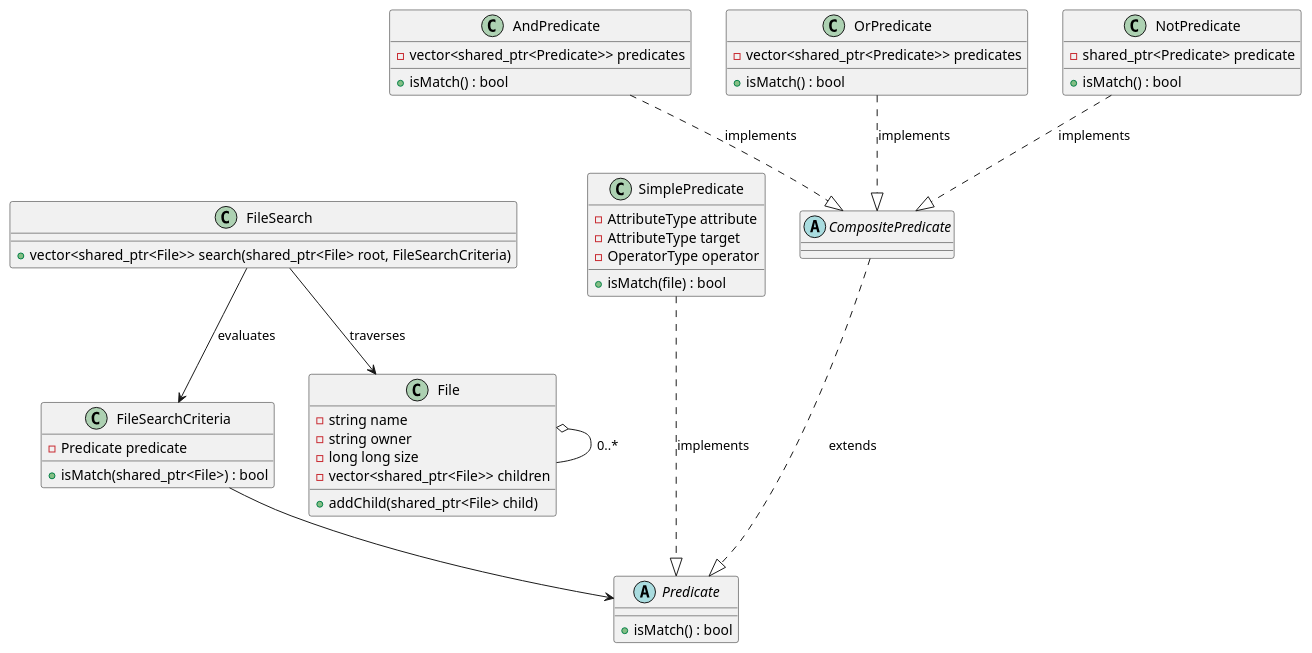
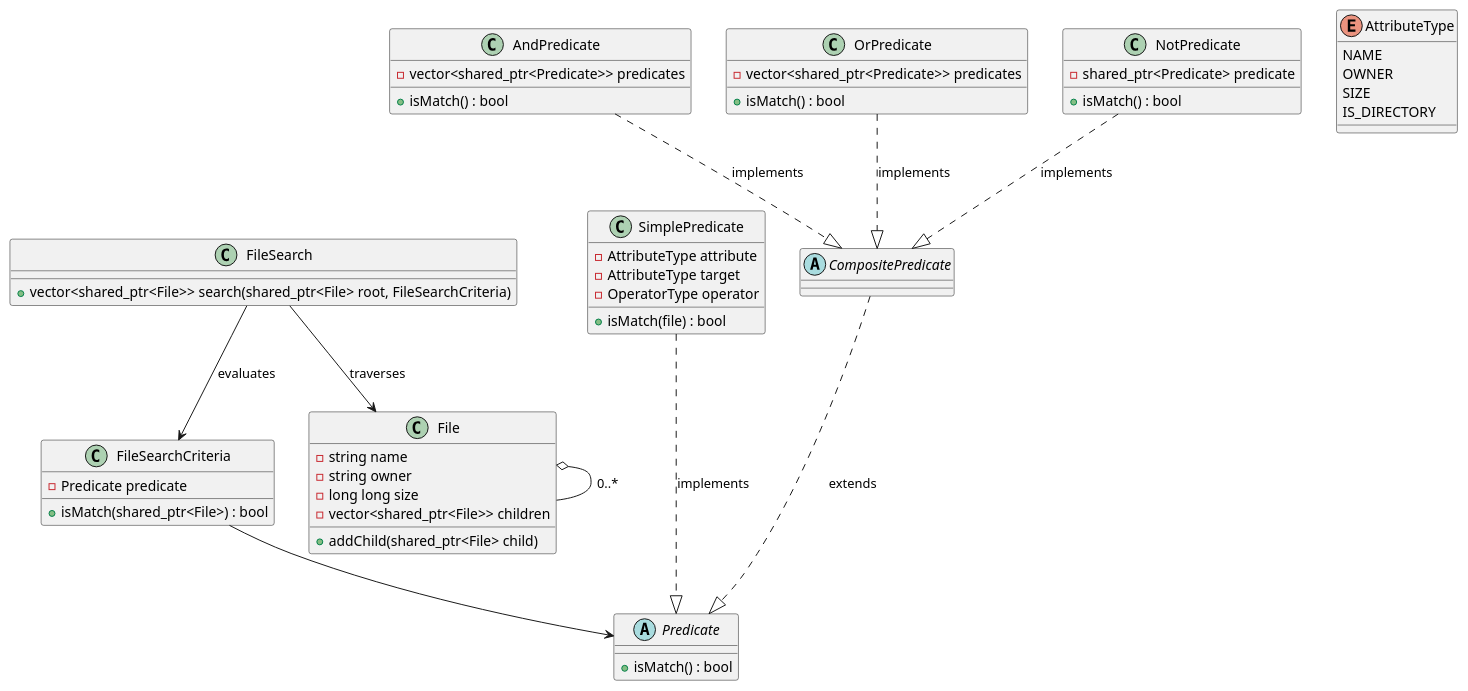
The diagram in dllgbb/unixfilesearch/ufscdiag.iuml (zanymarconi/cp4), drawn with PlantUML before and after one commit.

Commit message:
update ufs iuml

```diff
--- a/dllgbb/unixfilesearch/ufscdiag.iuml
+++ b/dllgbb/unixfilesearch/ufscdiag.iuml
@@ -1,56 +1,63 @@
 @startuml
 class FileSearch {
     + vector<shared_ptr<File>> search(shared_ptr<File> root, FileSearchCriteria)
 }
 FileSearch --> FileSearchCriteria : evaluates
 FileSearch --> File : traverses
+
+enum AttributeType {
+    NAME
+    OWNER
+    SIZE
+    IS_DIRECTORY
+}
 
 class File {
     -string name
     -string owner
     - long long size
     - vector<shared_ptr<File>> children
     + addChild(shared_ptr<File> child)
 }
 File  o-- File: 0..*
 
 class FileSearchCriteria {
     - Predicate predicate
     + isMatch(shared_ptr<File>) : bool
 }
 FileSearchCriteria --> Predicate
 
 abstract class Predicate {
     + isMatch() : bool
 }
 
 class SimplePredicate {
     - AttributeType attribute
     - AttributeType target
     - OperatorType operator
     + isMatch(file) : bool
 }
 
 abstract class CompositePredicate {
 }
 
 class AndPredicate {
     - vector<shared_ptr<Predicate>> predicates
     + isMatch() : bool
 }
 class OrPredicate {
     - vector<shared_ptr<Predicate>> predicates
     + isMatch() : bool
 }
 class NotPredicate {
     - shared_ptr<Predicate> predicate
     + isMatch() : bool
 }
 AndPredicate ..|> CompositePredicate : implements
 OrPredicate ..|> CompositePredicate : implements
 NotPredicate ..|> CompositePredicate : implements
 
 SimplePredicate ..-|> Predicate : implements
 CompositePredicate ..-|> Predicate : extends
 
 @enduml
```
